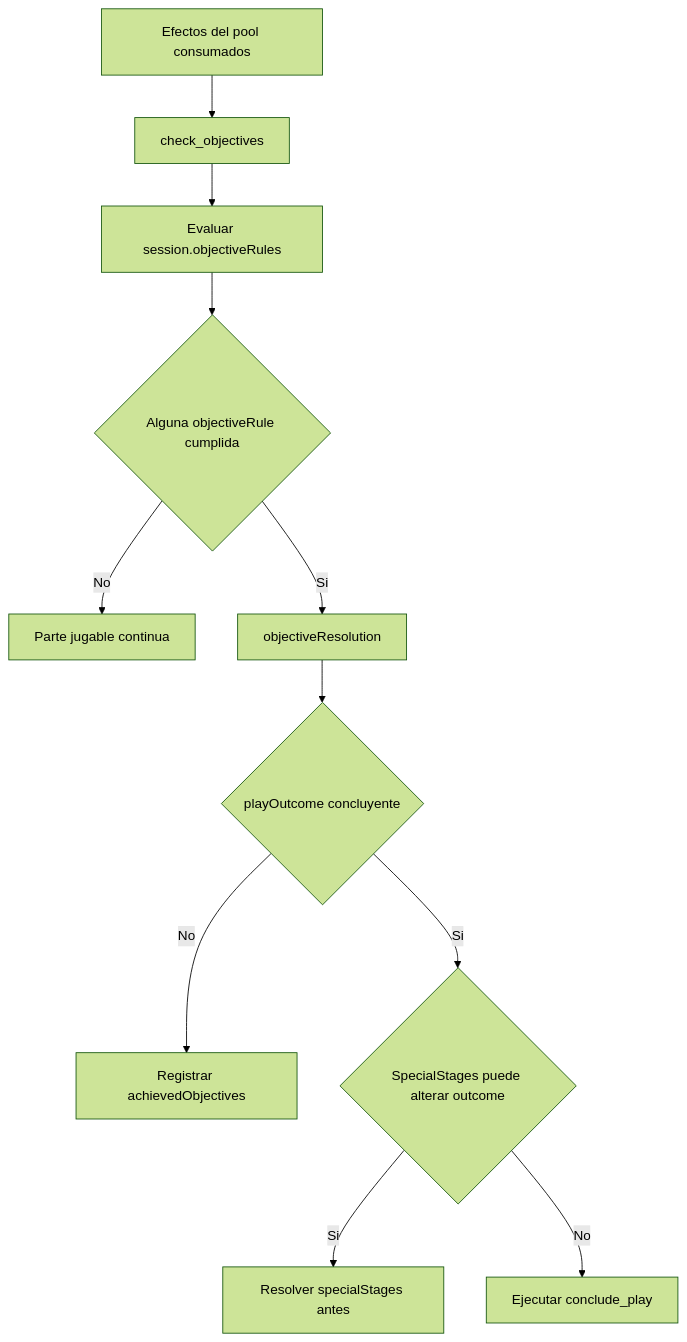
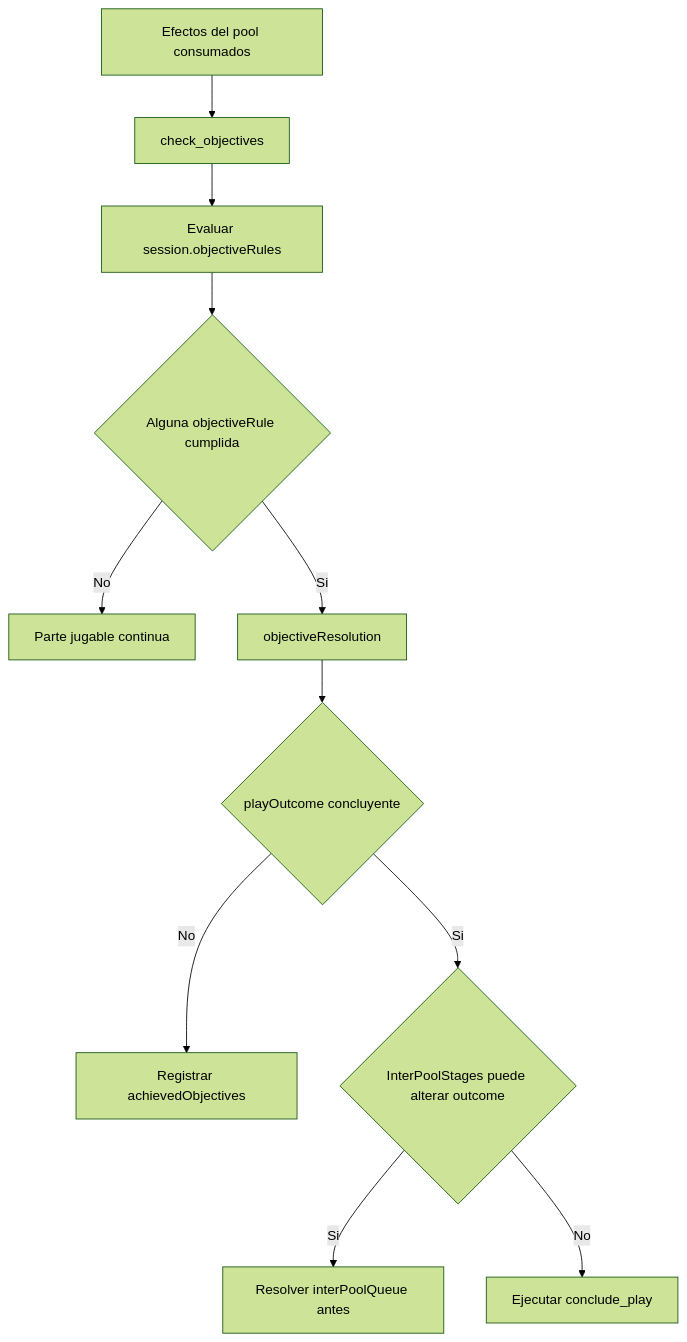
The tenth of 14 diagrams in docs/engine_flow_map.md (juanramonmorandeira/castronegro-director), drawn with Mermaid (forest theme) before and after one commit. The commit also changed other lines of this file and 53 other files, not shown here.

Commit message:
Refine domain inter-pool queue architecture

````diff
--- a/docs/engine_flow_map.md
+++ b/docs/engine_flow_map.md
@@ -514,13 +514,13 @@
 ```mermaid
 graph TD
   A[Efectos del pool consumados] --> B[check_objectives]
   B --> C[Evaluar session.objectiveRules]
   C --> D{Alguna objectiveRule cumplida}
   D -->|No| E[Parte jugable continua]
   D -->|Si| F[objectiveResolution]
   F --> G{playOutcome concluyente}
   G -->|No| H[Registrar achievedObjectives]
-  G -->|Si| I{SpecialStages puede alterar outcome}
-  I -->|Si| J[Resolver specialStages antes]
+  G -->|Si| I{InterPoolStages puede alterar outcome}
+  I -->|Si| J[Resolver interPoolQueue antes]
   I -->|No| K[Ejecutar conclude_play]
 ```
````
